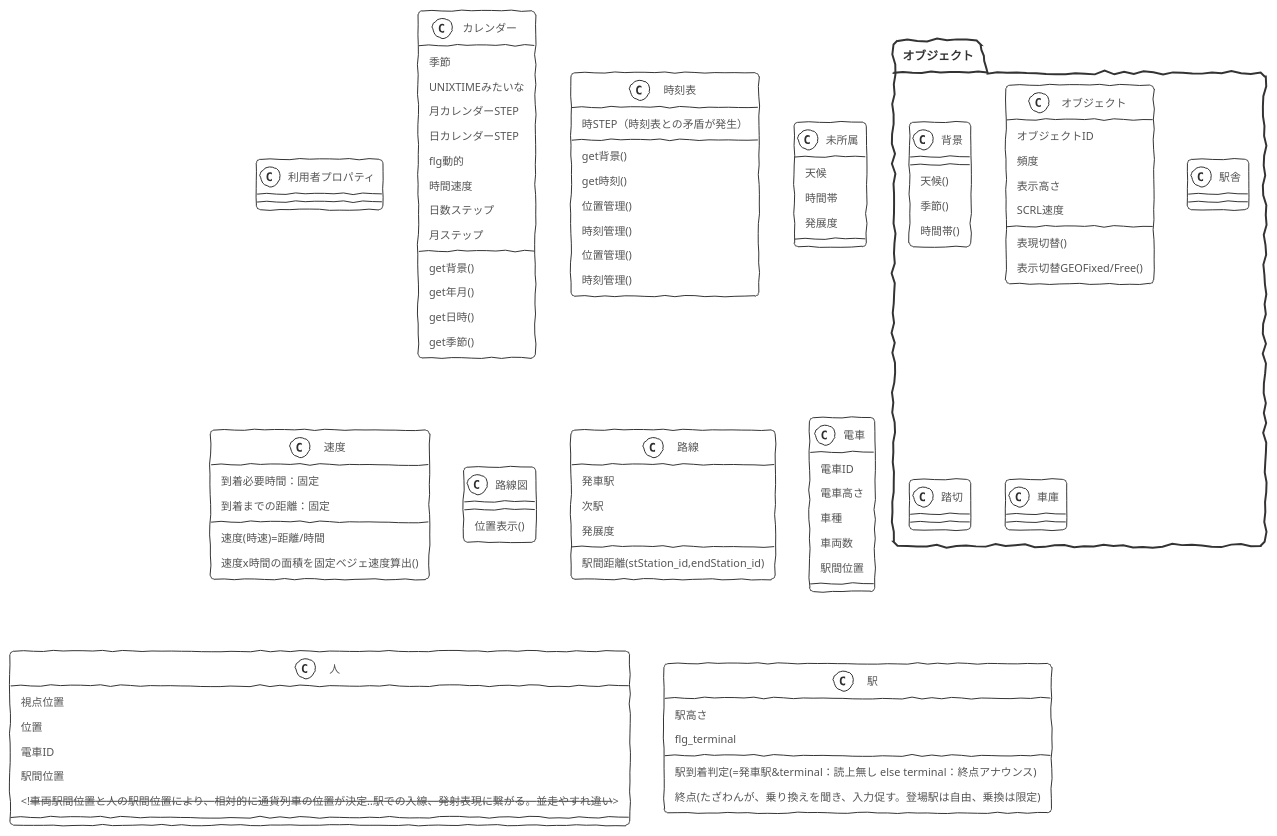
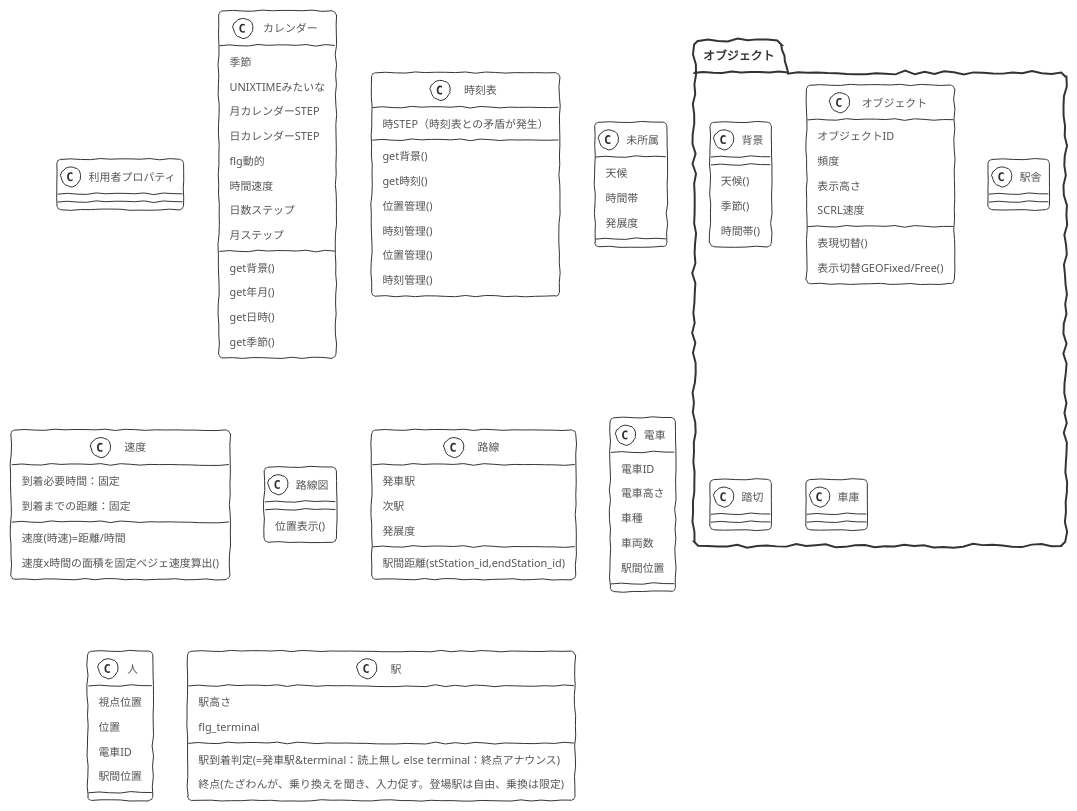
Before and after one commit to ssmxgo/tazawa_prj01: the diagram in tazawa.puml, drawn with PlantUML.

Commit message:
comment out

```diff
--- a/tazawa.puml
+++ b/tazawa.puml
@@ -1,111 +1,111 @@
 @startuml まとめ
 !theme sketchy-outline
 
 class 利用者プロパティ{}
 
 
 class カレンダー{
     季節
     UNIXTIMEみたいな
     月カレンダーSTEP
     日カレンダーSTEP
     get背景()
     get年月()
 }
 
 class 時刻表{
     時STEP（時刻表との矛盾が発生）
     get背景()
     get時刻()
 }
 
 class 時刻表{
     位置管理()
     時刻管理()
 }
 
 class 未所属{
     天候
     時間帯
     発展度
 }
 
 class 速度{
     到着必要時間：固定
     到着までの距離：固定
     速度(時速)=距離/時間
     速度x時間の面積を固定ベジェ速度算出()
 
 }
 
 
 
 class 路線図 {
     位置表示()
 }
 class 路線 {
     発車駅
     次駅
 駅間距離(stStation_id,endStation_id)
     発展度
 }
 class カレンダー{
     flg動的
     時間速度
     日数ステップ
     月ステップ
     get日時()
     get季節()
 }
 class 時刻表{
     位置管理()
     時刻管理()
 }
 
 class 電車 {
     電車ID
     電車高さ
     車種
     車両数
     駅間位置
 }
 
 class 人 {
     視点位置
     位置
     電車ID
     駅間位置
-    <!--車両駅間位置と人の駅間位置により、相対的に通貨列車の位置が決定‥駅での入線、発射表現に繋がる。並走やすれ違い-->
+    ' 車両駅間位置と人の駅間位置により、相対的に通貨列車の位置が決定‥駅での入線、発射表現に繋がる。並走やすれ違い
 }
 
 class 駅 {
     駅高さ
     flg_terminal
     駅到着判定(=発車駅&terminal：読上無し else terminal：終点アナウンス)
     終点(たざわんが、乗り換えを聞き、入力促す。登場駅は自由、乗換は限定)
 }
 package オブジェクト{
 class 背景{
     天候()
     季節()
     時間帯()
 }
 
 
 
 '各風景 駅舎 建築物
 class オブジェクト{
     オブジェクトID
     頻度
     表示高さ
     SCRL速度
     表現切替()
     表示切替GEOFixed/Free()
 }
 class 駅舎{}
 class 踏切{}
 class 車庫{}
 
 }
 
 @enduml
```
